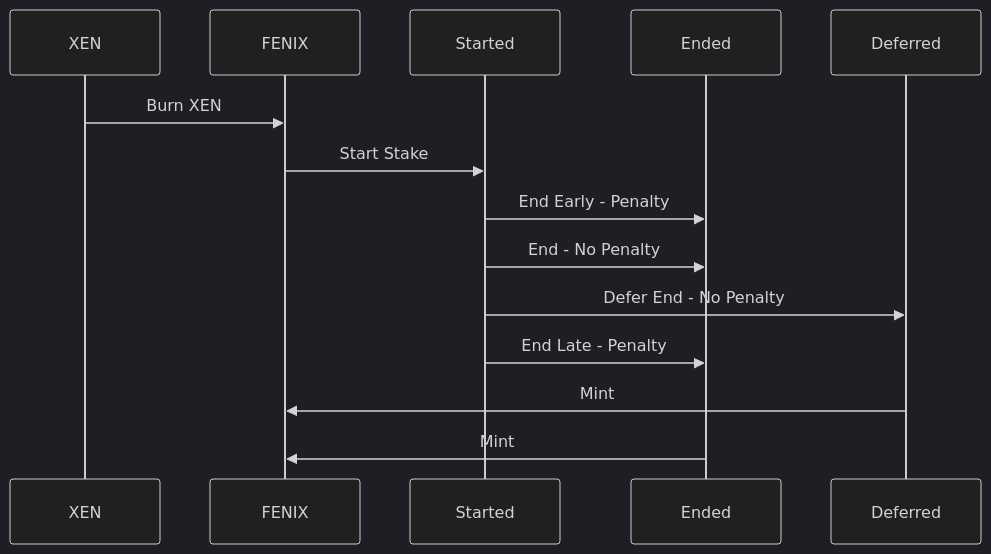
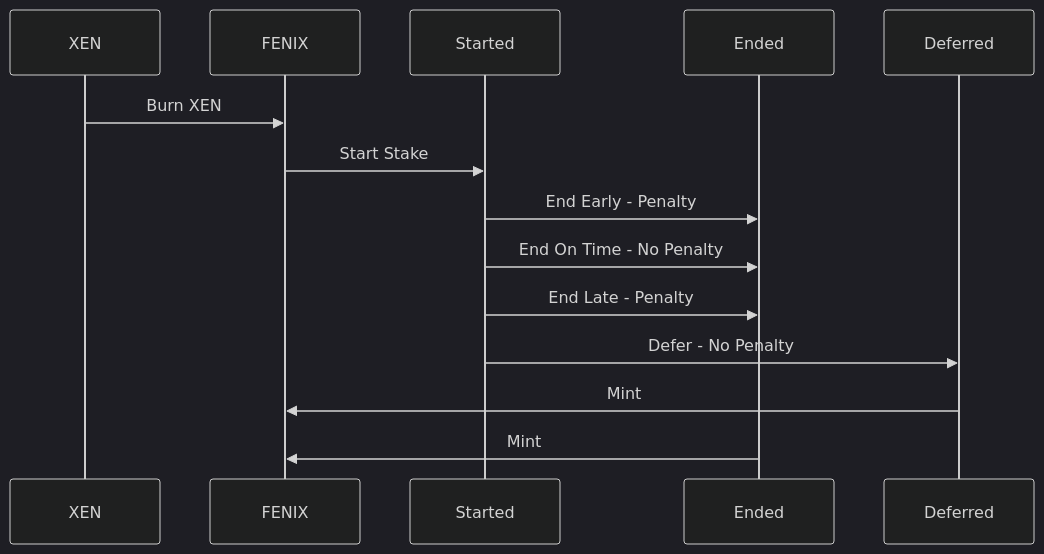
The first of 5 diagrams in README.md (atomizexyz/litepaper), drawn with Mermaid (dark theme) before and after one commit. The commit also changed other lines of this file, not shown here.

````diff
--- a/README.md
+++ b/README.md
@@ -73,18 +73,18 @@
 ```mermaid
 sequenceDiagram
   participant XEN
   participant FENIX
   participant Started
   participant Ended
   participant Deferred
   XEN->>FENIX: Burn XEN
   FENIX->>Started: Start Stake
 
   Started->>Ended: End Early - Penalty
-  Started->>Ended: End - No Penalty
-  Started->>Deferred: Defer End - No Penalty
+  Started->>Ended: End On Time - No Penalty
   Started->>Ended: End Late - Penalty
+  Started->>Deferred: Defer - No Penalty
 
   Deferred->>FENIX: Mint
   Ended->>FENIX: Mint
 ```
````
